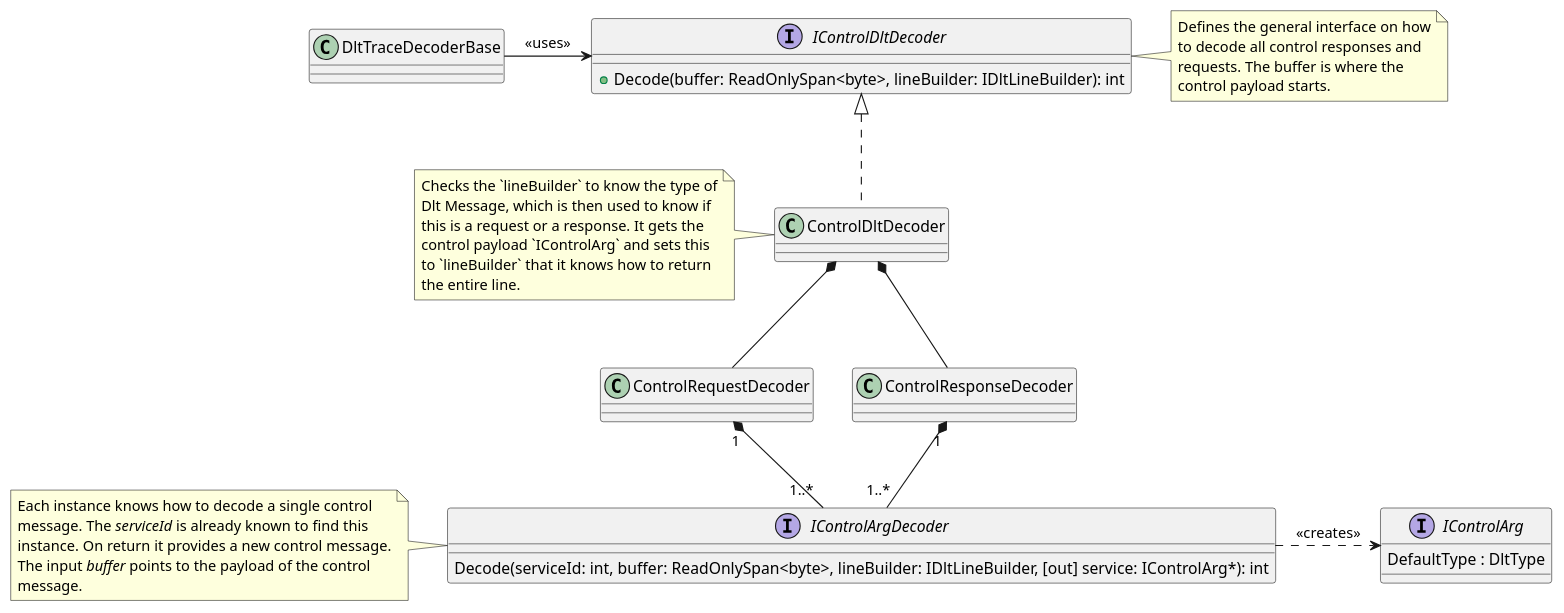
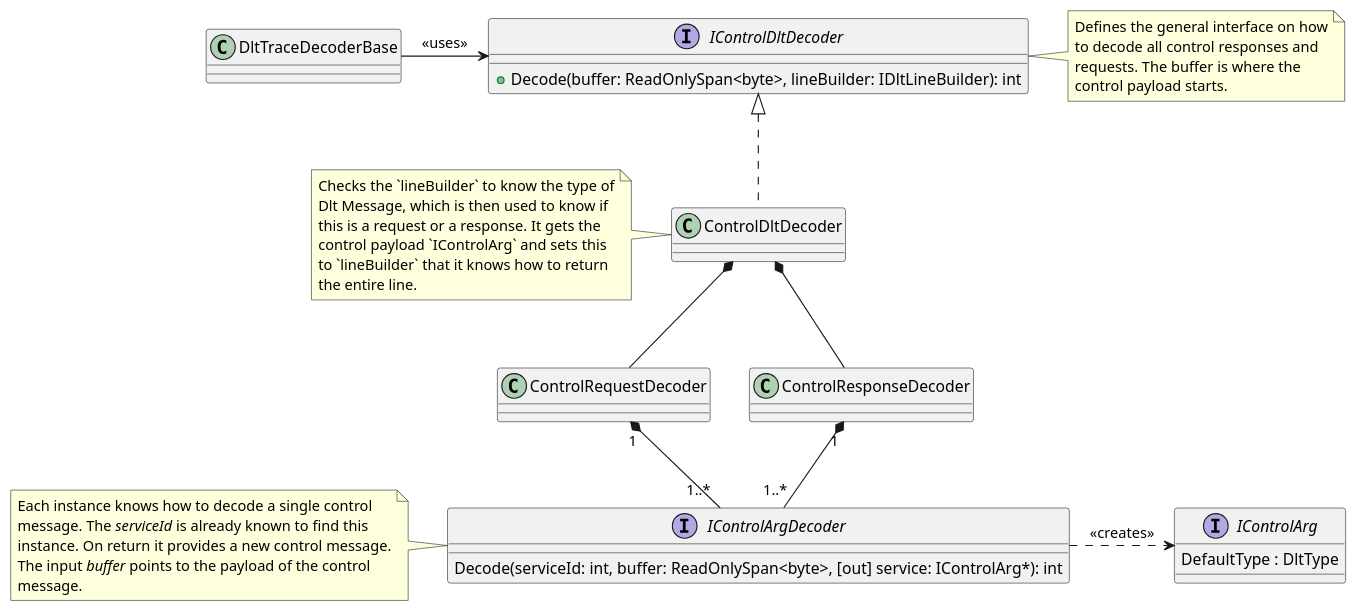
Before and after one commit to jcurl/RJCP.DLL.Log: the diagram in TraceReader.Dlt/docs/diagrams/DLT.ControlArgDecoder.plantuml, drawn with PlantUML. The commit also changed 27 other files, not shown here.

```diff
--- a/TraceReader.Dlt/docs/diagrams/DLT.ControlArgDecoder.plantuml
+++ b/TraceReader.Dlt/docs/diagrams/DLT.ControlArgDecoder.plantuml
@@ -1,51 +1,51 @@
 @startuml DLT.ControlArgDecoder
 interface IControlDltDecoder {
     +Decode(buffer: ReadOnlySpan<byte>, lineBuilder: IDltLineBuilder): int
 }
 note right
     Defines the general interface on how
     to decode all control responses and
     requests. The buffer is where the
     control payload starts.
 end note
 
 class DltTraceDecoderBase
 class ControlDltDecoder
 note left
     Checks the `lineBuilder` to know the type of
     Dlt Message, which is then used to know if
     this is a request or a response. It gets the
     control payload `IControlArg` and sets this
     to `lineBuilder` that it knows how to return
     the entire line.
 end note
 
 DltTraceDecoderBase -r-> IControlDltDecoder : <<uses>>
 ControlDltDecoder .u.|> IControlDltDecoder
 
 interface IControlArg {
     DefaultType : DltType
 }
 
 interface IControlArgDecoder {
-    Decode(serviceId: int, buffer: ReadOnlySpan<byte>, lineBuilder: IDltLineBuilder, [out] service: IControlArg*): int
+    Decode(serviceId: int, buffer: ReadOnlySpan<byte>, [out] service: IControlArg*): int
 }
 note left
     Each instance knows how to decode a single control
     message. The <i>serviceId</i> is already known to find this
     instance. On return it provides a new control message.
     The input <i>buffer</i> points to the payload of the control
     message.
 end note
 
 class ControlRequestDecoder
 class ControlResponseDecoder
 
 ControlRequestDecoder "1" *-d- "1..*" IControlArgDecoder
 ControlResponseDecoder "1" *-d- "1..*" IControlArgDecoder
 
 ControlDltDecoder *-d- ControlRequestDecoder
 ControlDltDecoder *-d- ControlResponseDecoder
 
 IControlArgDecoder .r.> IControlArg : <<creates>>
 @enduml
```
